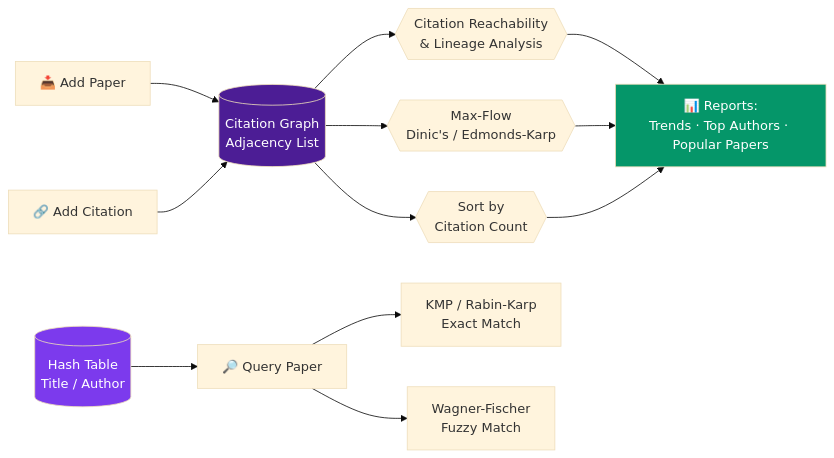
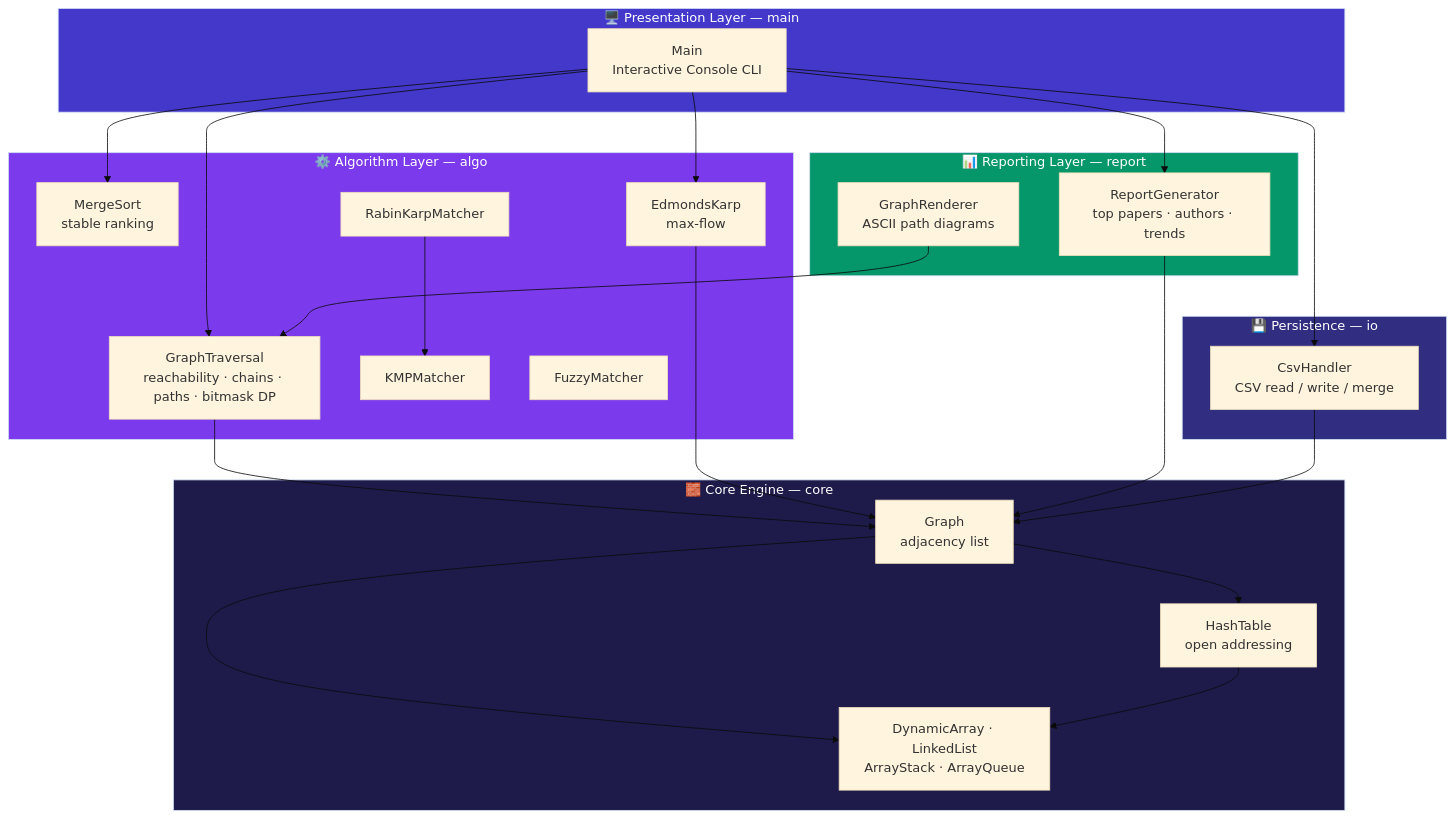
Before and after one commit to venkataramavinaybandla-crypto/DSA-3_Projects: the first of 5 diagrams in README.md, drawn with Mermaid (base theme). The commit also changed other lines of this file and 5 other files, not shown here.

````diff
--- a/README.md
+++ b/README.md
@@ -73,18 +111,51 @@
 ```mermaid
-flowchart LR
-    A[📥 Add Paper] --> G[(Citation Graph<br/>Adjacency List)]
-    C[🔗 Add Citation] --> G
-    G --> B{{Citation Reachability<br/>& Lineage Analysis}}
-    G --> F{{Max-Flow<br/>Dinic's / Edmonds-Karp}}
-    G --> S{{Sort by<br/>Citation Count}}
-    H[(Hash Table<br/>Title / Author)] --> Q[🔎 Query Paper]
-    Q --> KMP[KMP / Rabin-Karp<br/>Exact Match]
-    Q --> WF[Wagner-Fischer<br/>Fuzzy Match]
-    B --> R[📊 Reports:<br/>Trends · Top Authors · Popular Papers]
-    F --> R
-    S --> R
+graph TD
+    subgraph Presentation["🖥️ Presentation Layer — main"]
+        UI["Main<br/>Interactive Console CLI"]
+    end
 
-    style G fill:#4c1d95,color:#fff
-    style H fill:#7c3aed,color:#fff
-    style R fill:#059669,color:#fff
+    subgraph Report["📊 Reporting Layer — report"]
+        RG["ReportGenerator<br/>top papers · authors · trends"]
+        GR["GraphRenderer<br/>ASCII path diagrams"]
+    end
+
+    subgraph Algorithm["⚙️ Algorithm Layer — algo"]
+        GS["GraphTraversal<br/>reachability · chains · paths · bitmask DP"]
+        MS["MergeSort<br/>stable ranking"]
+        KM["KMPMatcher"]
+        RK["RabinKarpMatcher"]
+        WF["FuzzyMatcher"]
+        EK["EdmondsKarp<br/>max-flow"]
+    end
+
+    subgraph Core["🧱 Core Engine — core"]
+        G["Graph<br/>adjacency list"]
+        HT["HashTable<br/>open addressing"]
+        DS["DynamicArray · LinkedList<br/>ArrayStack · ArrayQueue"]
+    end
+
+    subgraph Storage["💾 Persistence — io"]
+        CSV["CsvHandler<br/>CSV read / write / merge"]
+    end
+
+    UI --> GS
+    UI --> MS
+    UI --> EK
+    UI --> RG
+    UI --> CSV
+    GS --> G
+    EK --> G
+    RG --> G
+    GR --> GS
+    RK --> KM
+    G --> DS
+    G --> HT
+    HT --> DS
+    CSV --> G
+
+    style Presentation fill:#4338ca,color:#fff
+    style Report fill:#059669,color:#fff
+    style Algorithm fill:#7c3aed,color:#fff
+    style Core fill:#1e1b4b,color:#fff
+    style Storage fill:#312e81,color:#fff
 ```
````
